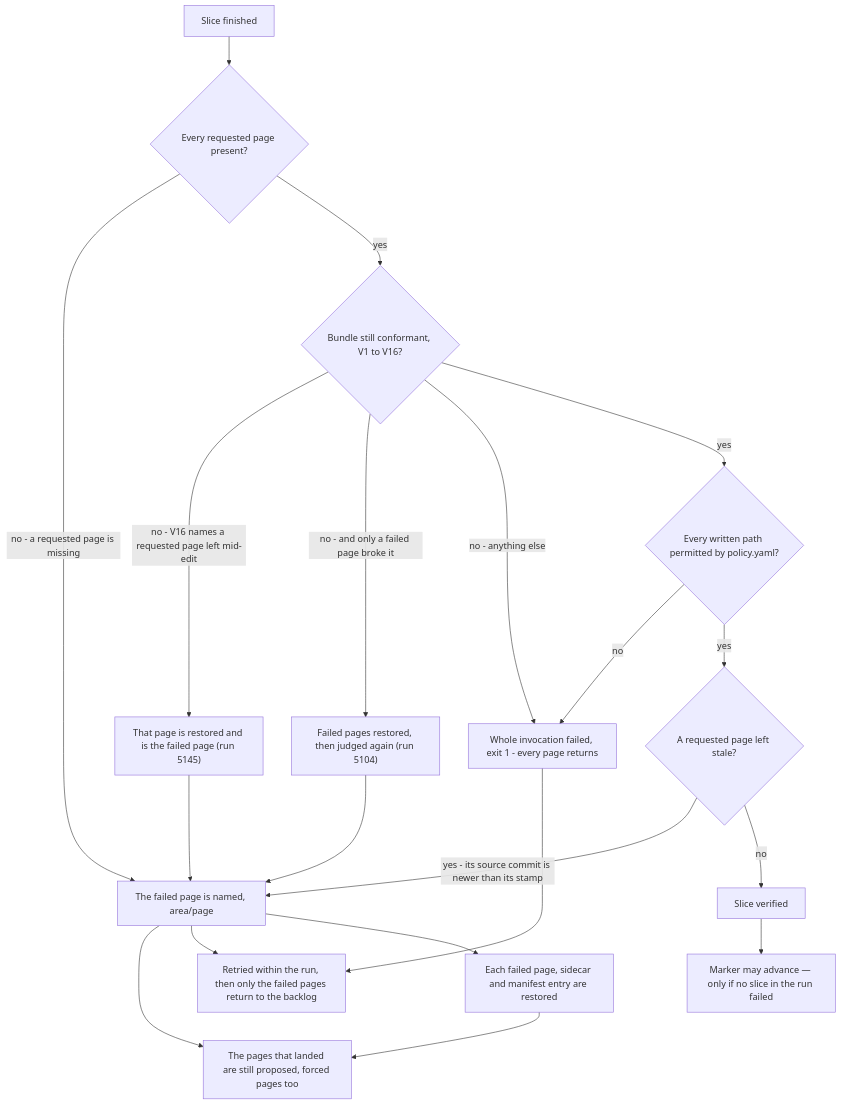
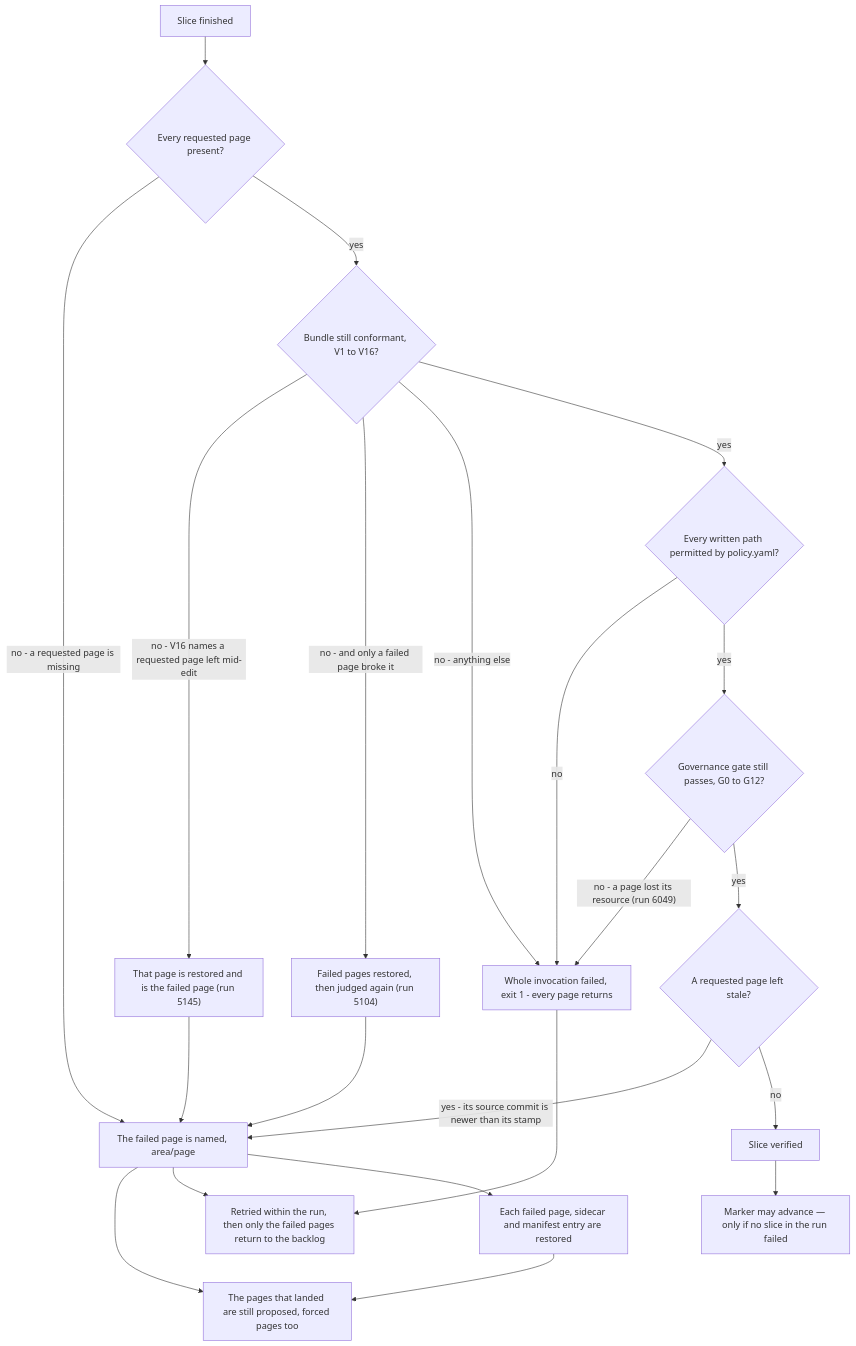
The second of 3 diagrams in openwiki/runbooks/wiki-maintenance.md (jumbleknot/MovieCollectionManager), drawn with Mermaid before and after one commit. The commit also changed other lines of this file and 13 other files, not shown here.

````diff
--- a/openwiki/runbooks/wiki-maintenance.md
+++ b/openwiki/runbooks/wiki-maintenance.md
@@ -372,22 +375,24 @@
 ```mermaid
 flowchart TD
     A["Slice finished"] --> B{"Every requested page present?"}
     B -->|"no - a requested page is missing"| P["The failed page is named, area/page"]
     B -->|yes| C{"Bundle still conformant, V1 to V16?"}
     C -->|"no - V16 names a requested page left mid-edit"| Q["That page is restored and is the failed page (run 5145)"]
     Q --> P
     C -->|"no - and only a failed page broke it"| N["Failed pages restored, then judged again (run 5104)"]
     N --> P
     C -->|"no - anything else"| F["Whole invocation failed, exit 1 - every page returns"]
     C -->|yes| D{"Every written path permitted by policy.yaml?"}
     D -->|no| F
-    D -->|yes| E{"A requested page left stale?"}
+    D -->|yes| M{"Governance gate still passes, G0 to G12?"}
+    M -->|"no - a page lost its resource (run 6049)"| F
+    M -->|yes| E{"A requested page left stale?"}
     E -->|"yes - its source commit is newer than its stamp"| P
     E -->|no| G["Slice verified"]
     P --> K["The pages that landed are still proposed, forced pages too"]
     P --> H["Retried within the run, then only the failed pages return to the backlog"]
     P --> R["Each failed page, sidecar and manifest entry are restored"]
     R --> K
     F --> H
     G --> I["Marker may advance — only if no slice in the run failed"]
 ```
````
